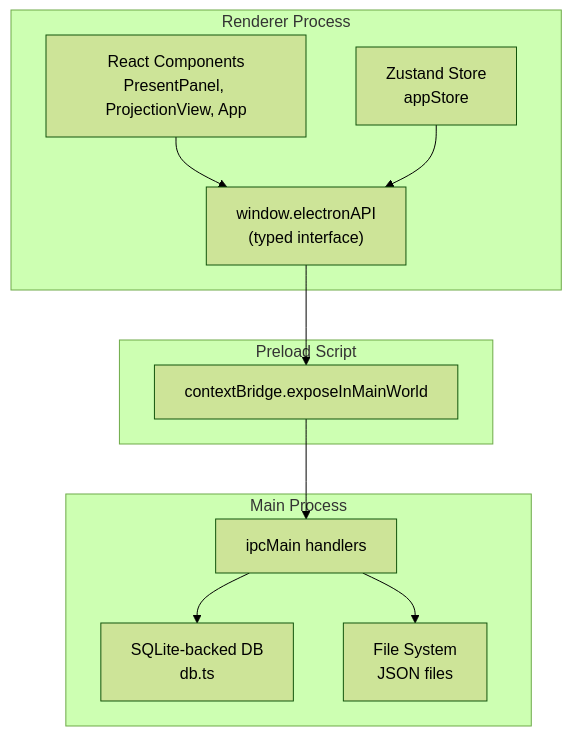
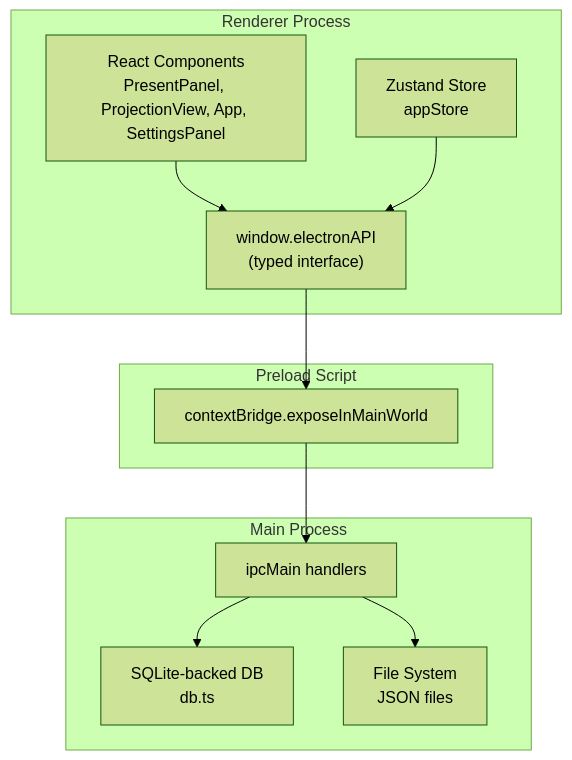
One commit to jimmywyk/lyricdeck changed the first of 3 diagrams in .qoder/repowiki/en/content/API Reference/Electron IPC API.md. Above: the diagram before and after it, drawn with Mermaid (forest theme). The commit also changed other lines of this file and 9 other files, not shown here.

````diff
--- a/.qoder/repowiki/en/content/API Reference/Electron IPC API.md
+++ b/.qoder/repowiki/en/content/API Reference/Electron IPC API.md
@@ -33,22 +42,22 @@
 ```mermaid
 graph TB
 subgraph "Renderer Process"
-UI["React Components<br/>PresentPanel, ProjectionView, App"]
+UI["React Components<br/>PresentPanel, ProjectionView, App, SettingsPanel"]
 Store["Zustand Store<br/>appStore"]
 API["window.electronAPI<br/>(typed interface)"]
 end
 subgraph "Preload Script"
 Bridge["contextBridge.exposeInMainWorld"]
 end
 subgraph "Main Process"
 IPC["ipcMain handlers"]
 DB["SQLite-backed DB<br/>db.ts"]
 FS["File System<br/>JSON files"]
 end
 UI --> API
 Store --> API
 API --> Bridge
 Bridge --> IPC
 IPC --> DB
 IPC --> FS
 ```
````
